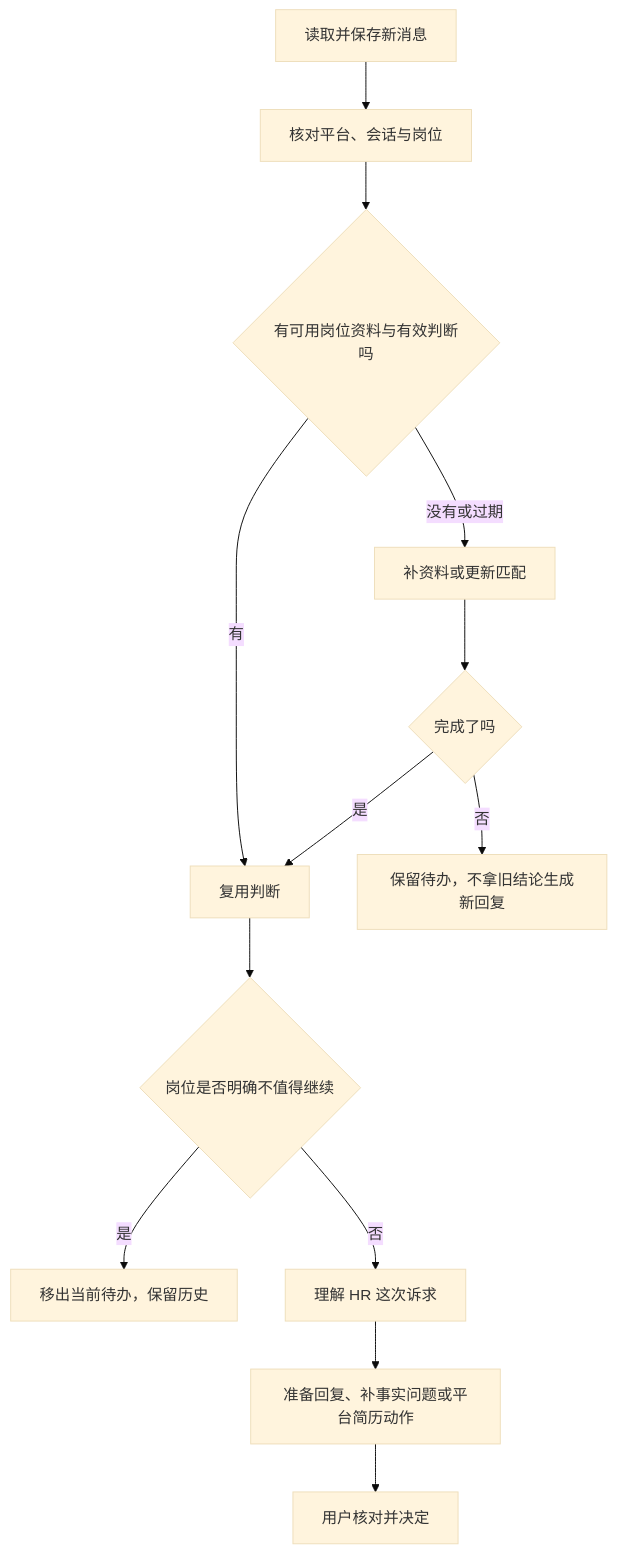
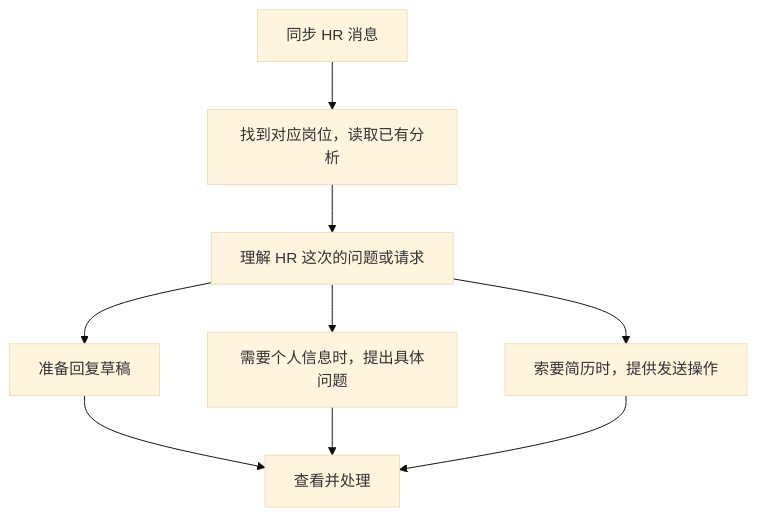
Before and after one commit to daydreamer0213/OfferGo: the diagram in docs/user-guide/03-communication-and-progress.md, drawn with Mermaid (base theme). The commit also changed other lines of this file and 12 other files, not shown here.

````diff
--- a/docs/user-guide/03-communication-and-progress.md
+++ b/docs/user-guide/03-communication-and-progress.md
@@ -59,15 +42,11 @@
 ```mermaid
 flowchart TD
-  A[读取并保存新消息] --> B[核对平台、会话与岗位]
-  B --> C{有可用岗位资料与有效判断吗}
-  C -- 有 --> D[复用判断]
-  C -- 没有或过期 --> E[补资料或更新匹配]
-  E --> F{完成了吗}
-  F -- 否 --> G[保留待办，不拿旧结论生成新回复]
-  F -- 是 --> D
-  D --> H{岗位是否明确不值得继续}
-  H -- 是 --> I[移出当前待办，保留历史]
-  H -- 否 --> J[理解 HR 这次诉求]
-  J --> K[准备回复、补事实问题或平台简历动作]
-  K --> L[用户核对并决定]
+  A[同步 HR 消息] --> B[找到对应岗位，读取已有分析]
+  B --> C[理解 HR 这次的问题或请求]
+  C --> D[准备回复草稿]
+  C --> E[需要个人信息时，提出具体问题]
+  C --> F[索要简历时，提供发送操作]
+  D --> G[查看并处理]
+  E --> G
+  F --> G
 ```
````
